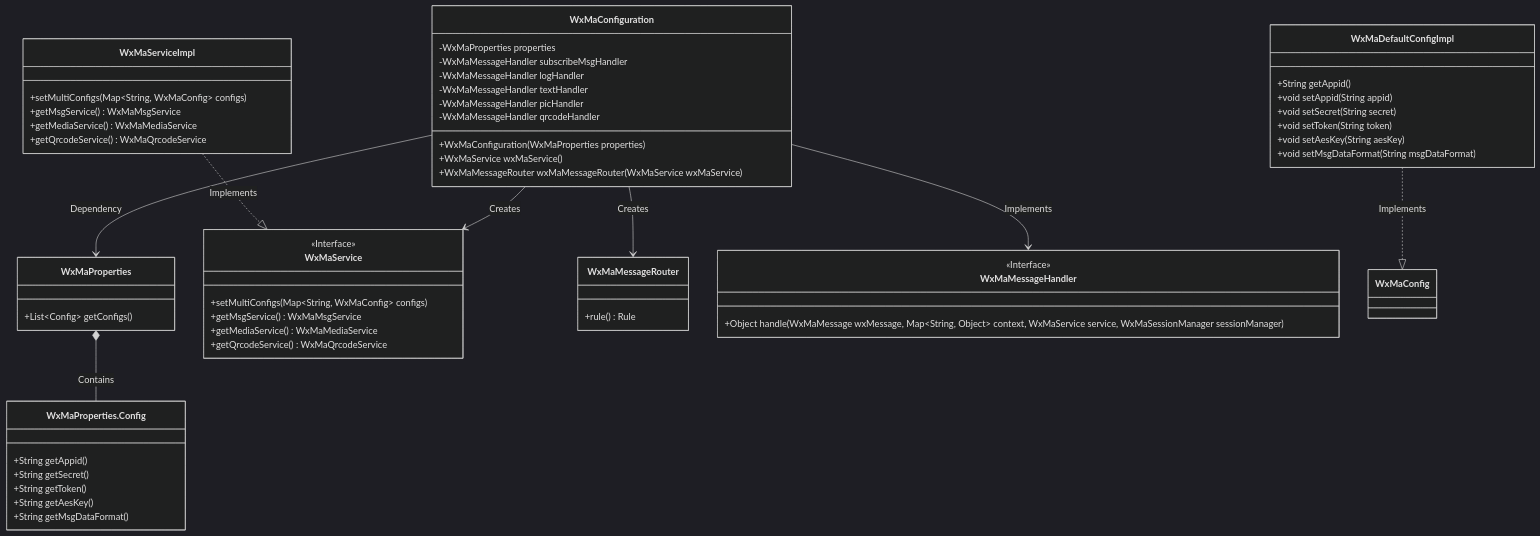
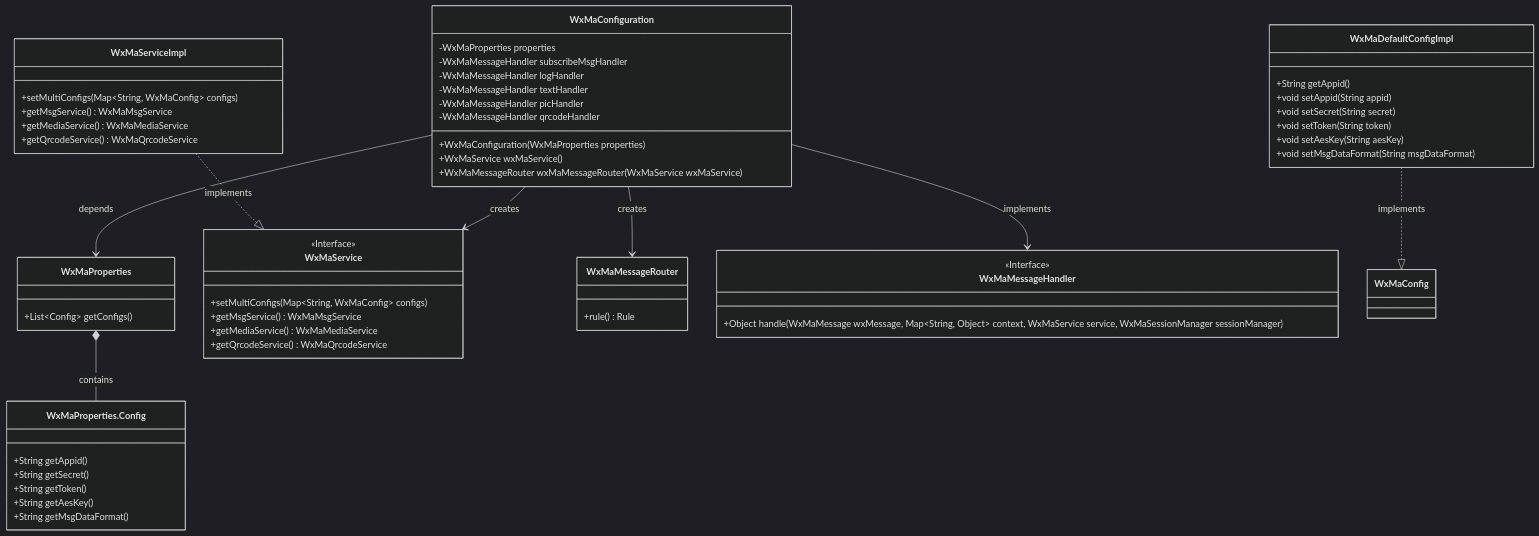
Before and after one commit to v-wjrong/imrrong_weixin-java-miniapp-demo: the first of 3 diagrams in docs/en/docs/src/main/java/com/github/binarywang/demo/wx/miniapp/config/WxMaConfiguration.md, drawn with Mermaid (dark theme). The commit also changed other lines of this file and 37 other files, not shown here.

````diff
--- a/docs/en/docs/src/main/java/com/github/binarywang/demo/wx/miniapp/config/WxMaConfiguration.md
+++ b/docs/en/docs/src/main/java/com/github/binarywang/demo/wx/miniapp/config/WxMaConfiguration.md
@@ -36,67 +36,67 @@
 ```mermaid
 classDiagram
     class WxMaConfiguration {
         -WxMaProperties properties
         -WxMaMessageHandler subscribeMsgHandler
         -WxMaMessageHandler logHandler
         -WxMaMessageHandler textHandler
         -WxMaMessageHandler picHandler
         -WxMaMessageHandler qrcodeHandler
         +WxMaConfiguration(WxMaProperties properties)
         +WxMaService wxMaService()
         +WxMaMessageRouter wxMaMessageRouter(WxMaService wxMaService)
     }
 
     class WxMaProperties {
         +List~Config~ getConfigs()
     }
 
     class WxMaProperties.Config {
         +String getAppid()
         +String getSecret()
         +String getToken()
         +String getAesKey()
         +String getMsgDataFormat()
     }
 
     class WxMaService {
         <<Interface>>
         +setMultiConfigs(Map~String, WxMaConfig~ configs)
         +getMsgService() WxMaMsgService
         +getMediaService() WxMaMediaService
         +getQrcodeService() WxMaQrcodeService
     }
 
     class WxMaServiceImpl {
         +setMultiConfigs(Map~String, WxMaConfig~ configs)
         +getMsgService() WxMaMsgService
         +getMediaService() WxMaMediaService
         +getQrcodeService() WxMaQrcodeService
     }
 
     class WxMaDefaultConfigImpl {
         +String getAppid()
         +void setAppid(String appid)
         +void setSecret(String secret)
         +void setToken(String token)
         +void setAesKey(String aesKey)
         +void setMsgDataFormat(String msgDataFormat)
     }
 
     class WxMaMessageRouter {
         +rule() Rule
     }
 
     class WxMaMessageHandler {
         <<Interface>>
         +Object handle(WxMaMessage wxMessage, Map~String, Object~ context, WxMaService service, WxMaSessionManager sessionManager)
     }
 
-    WxMaConfiguration --> WxMaProperties : Dependency
-    WxMaConfiguration --> WxMaService : Creates
-    WxMaConfiguration --> WxMaMessageRouter : Creates
-    WxMaConfiguration --> WxMaMessageHandler : Implements
-    WxMaServiceImpl ..|> WxMaService : Implements
-    WxMaDefaultConfigImpl ..|> WxMaConfig : Implements
-    WxMaProperties *-- WxMaProperties.Config : Contains
+    WxMaConfiguration --> WxMaProperties : depends
+    WxMaConfiguration --> WxMaService : creates
+    WxMaConfiguration --> WxMaMessageRouter : creates
+    WxMaConfiguration --> WxMaMessageHandler : implements
+    WxMaServiceImpl ..|> WxMaService : implements
+    WxMaDefaultConfigImpl ..|> WxMaConfig : implements
+    WxMaProperties *-- WxMaProperties.Config : contains
 ```
````
